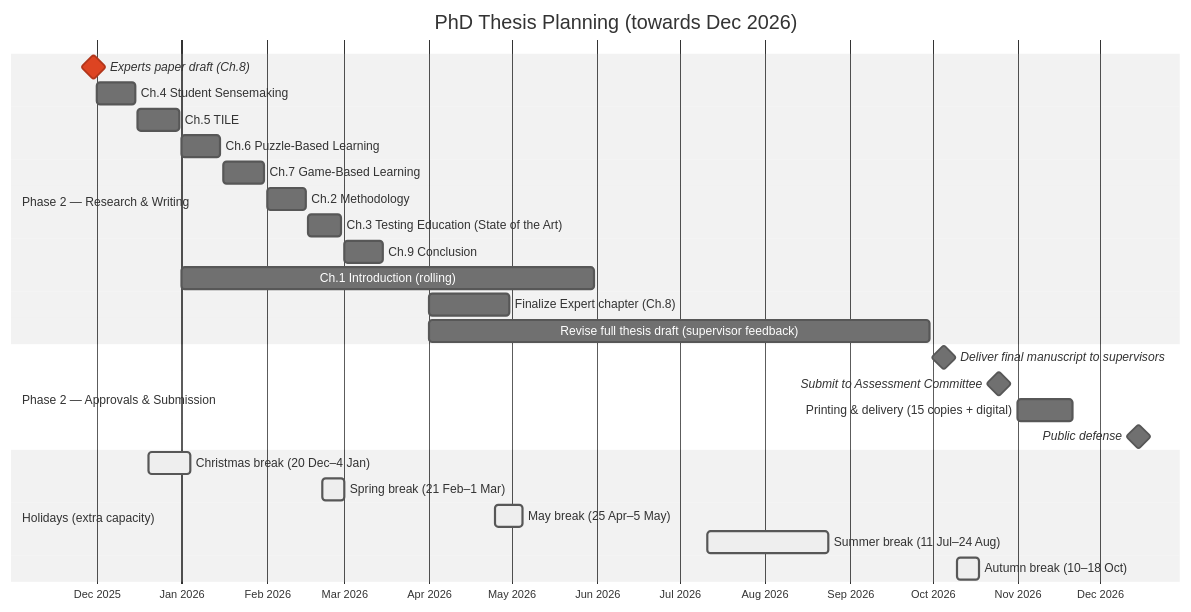
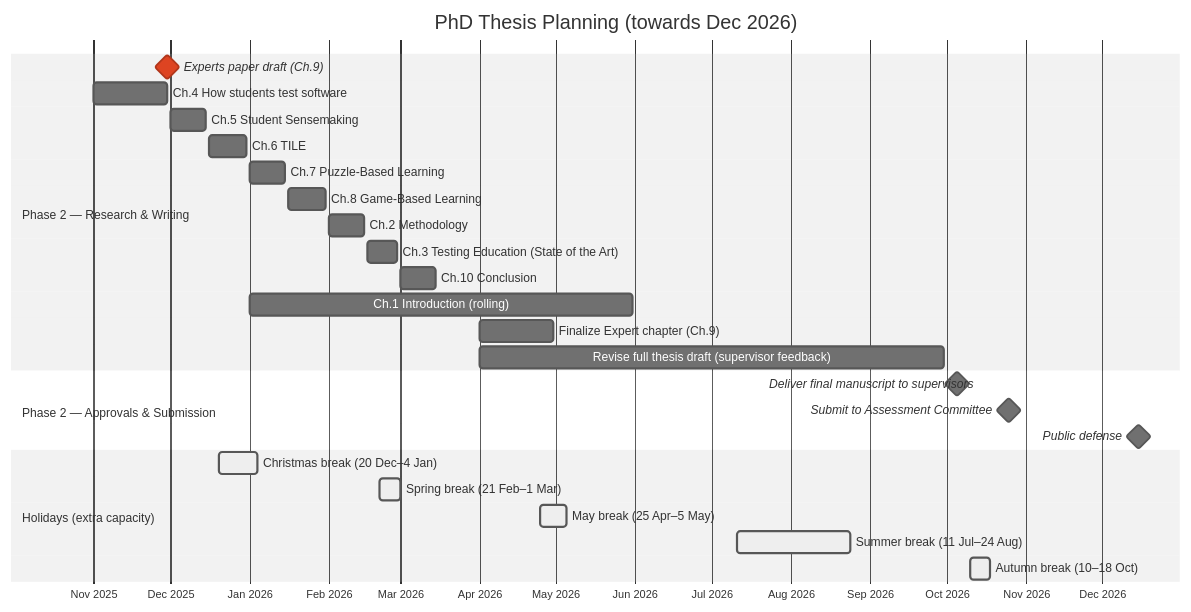
Before and after one commit to nielsdoorn/nielsdoorn.github.io: the diagram in planning.md, drawn with Mermaid (neutral theme). The commit also changed other lines of this file, not shown here.

````diff
--- a/planning.md
+++ b/planning.md
@@ -62,34 +62,34 @@
 ```mermaid
 
 gantt
     title PhD Thesis Planning (towards Dec 2026)
     dateFormat  YYYY-MM-DD
     axisFormat  %b %Y
     todayMarker off
 
     section Phase 2 — Research & Writing
-    Experts paper draft (Ch.8)          :milestone, crit, 2025-11-30, 0d
-    Ch.4 Student Sensemaking            :2025-12-01, 2025-12-15
-    Ch.5 TILE                           :2025-12-16, 2025-12-31
-    Ch.6 Puzzle-Based Learning          :2026-01-01, 2026-01-15
-    Ch.7 Game-Based Learning            :2026-01-16, 2026-01-31
+    Experts paper draft (Ch.9)          :milestone, crit, 2025-11-30, 0d
+    Ch.4 How students test software     :2025-11-01, 2025-11-30
+    Ch.5 Student Sensemaking            :2025-12-01, 2025-12-15
+    Ch.6 TILE                           :2025-12-16, 2025-12-31
+    Ch.7 Puzzle-Based Learning          :2026-01-01, 2026-01-15
+    Ch.8 Game-Based Learning            :2026-01-16, 2026-01-31
     Ch.2 Methodology                    :2026-02-01, 2026-02-15
     Ch.3 Testing Education (State of the Art) :2026-02-16, 2026-02-28
-    Ch.9 Conclusion                     :2026-03-01, 2026-03-15
+    Ch.10 Conclusion                     :2026-03-01, 2026-03-15
     Ch.1 Introduction (rolling)         :2026-01-01, 2026-05-31
-    Finalize Expert chapter (Ch.8)      :2026-04-01, 2026-04-30
+    Finalize Expert chapter (Ch.9)      :2026-04-01, 2026-04-30
     Revise full thesis draft (supervisor feedback) :2026-04-01, 2026-09-30
 
     section Phase 2 — Approvals & Submission
     Deliver final manuscript to supervisors :milestone, 2026-10-05, 0d
     Submit to Assessment Committee          :milestone, 2026-10-25, 0d
-    Printing & delivery (15 copies + digital) :2026-11-01, 2026-11-21
     Public defense                           :milestone, 2026-12-15, 0d
 
     section Holidays (extra capacity)
     Christmas break  (20 Dec–4 Jan)     :active, 2025-12-20, 2026-01-04
     Spring break    (21 Feb–1 Mar)      :active, 2026-02-21, 2026-03-01
     May break       (25 Apr–5 May)      :active, 2026-04-25, 2026-05-05
     Summer break    (11 Jul–24 Aug)     :active, 2026-07-11, 2026-08-24
     Autumn break    (10–18 Oct)         :active, 2026-10-10, 2026-10-18
 ```
````
